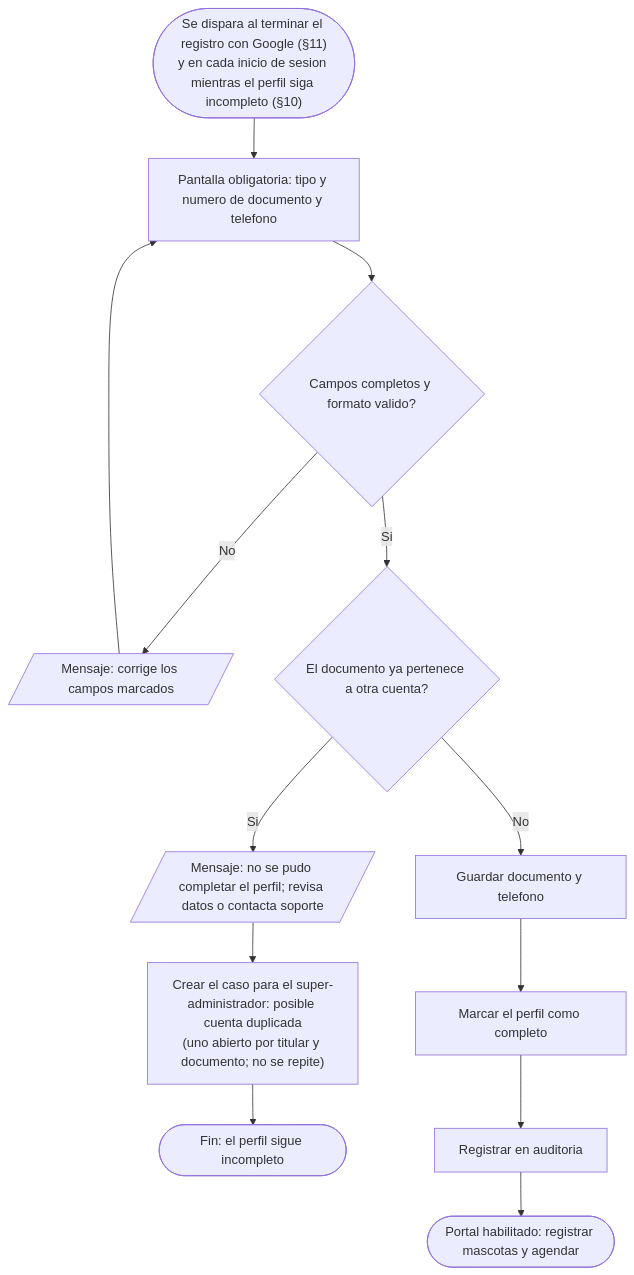
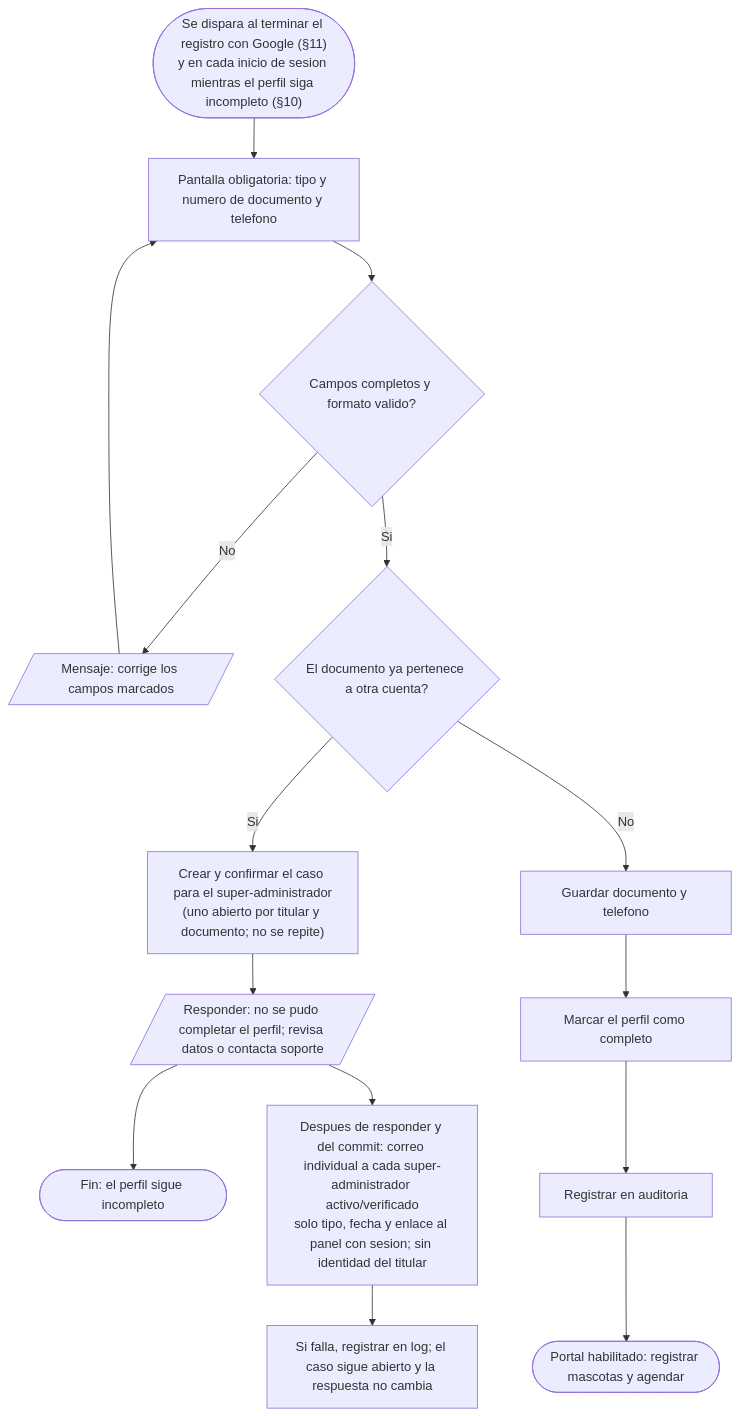
Before and after one commit to carvajal7lsch-commits/Zooki: diagram 24 of 37 in documentacion/Modelos.md, drawn with Mermaid. The commit also changed other lines of this file and 75 other files, not shown here.

Commit message:
feat(plataforma): soporte con aviso por correo y detalle, y pulido P1 de interfaz (RE-0.3.4, RE-T.13.2, RE-6.2.4)

````diff
--- a/documentacion/Modelos.md
+++ b/documentacion/Modelos.md
@@ -1086,15 +1086,17 @@
 ```mermaid
 flowchart TD
   A(["Se dispara al terminar el registro con Google (§11)<br/>y en cada inicio de sesion mientras el perfil siga incompleto (§10)"]) --> B["Pantalla obligatoria: tipo y numero de documento y telefono"]
   B --> C{Campos completos y formato valido?}
   C -- No --> C1[/"Mensaje: corrige los campos marcados"/]
   C1 --> B
   C -- Si --> D{El documento ya pertenece a otra cuenta?}
-  D -- Si --> D1[/"Mensaje: no se pudo completar el perfil; revisa datos o contacta soporte"/]
-  D1 --> D2["Crear el caso para el super-administrador: posible cuenta duplicada<br/>(uno abierto por titular y documento; no se repite)"]
-  D2 --> ZF([Fin: el perfil sigue incompleto])
+  D -- Si --> D2["Crear y confirmar el caso para el super-administrador<br/>(uno abierto por titular y documento; no se repite)"]
+  D2 --> D1[/"Responder: no se pudo completar el perfil; revisa datos o contacta soporte"/]
+  D1 --> ZF([Fin: el perfil sigue incompleto])
+  D1 --> N["Despues de responder y del commit: correo individual a cada super-administrador activo/verificado<br/>solo tipo, fecha y enlace al panel con sesion; sin identidad del titular"]
+  N --> NF["Si falla, registrar en log; el caso sigue abierto y la respuesta no cambia"]
   D -- No --> E[Guardar documento y telefono]
   E --> F[Marcar el perfil como completo]
   F --> G[Registrar en auditoria]
   G --> H([Portal habilitado: registrar mascotas y agendar])
 ```
````
